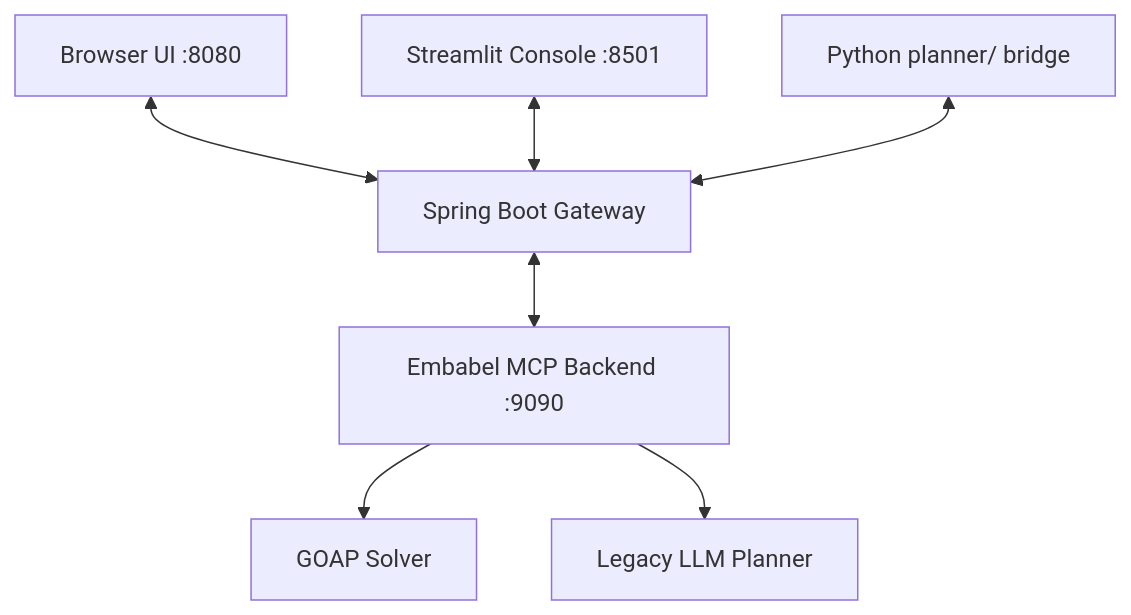
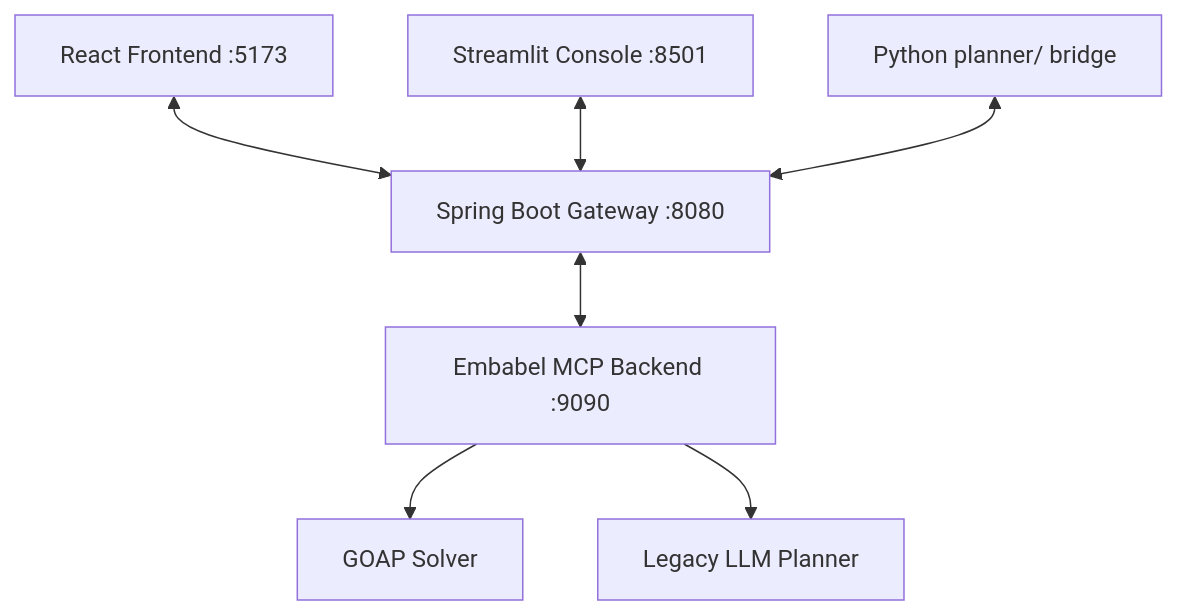
Before and after one commit to Aditya-Khetawat/llm-goap-planner: the diagram in README.md, drawn with Mermaid. The commit also changed other lines of this file, not shown here.

````diff
--- a/README.md
+++ b/README.md
@@ -29,9 +7,9 @@
 ```mermaid
 graph TD
-    UI[Browser UI :8080] <--> Gateway[Spring Boot Gateway]
+    UI[React Frontend :5173] <--> Gateway[Spring Boot Gateway :8080]
     Gateway <--> BE[Embabel MCP Backend :9090]
     BE --> Solver[GOAP Solver]
     BE --> Fallback[Legacy LLM Planner]
     Console[Streamlit Console :8501] <--> Gateway
     Planner[Python planner/ bridge] <--> Gateway
 ```
````
